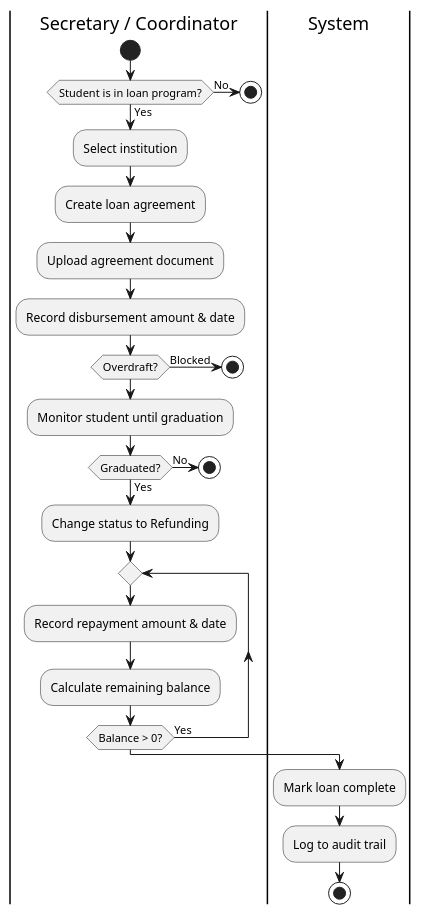
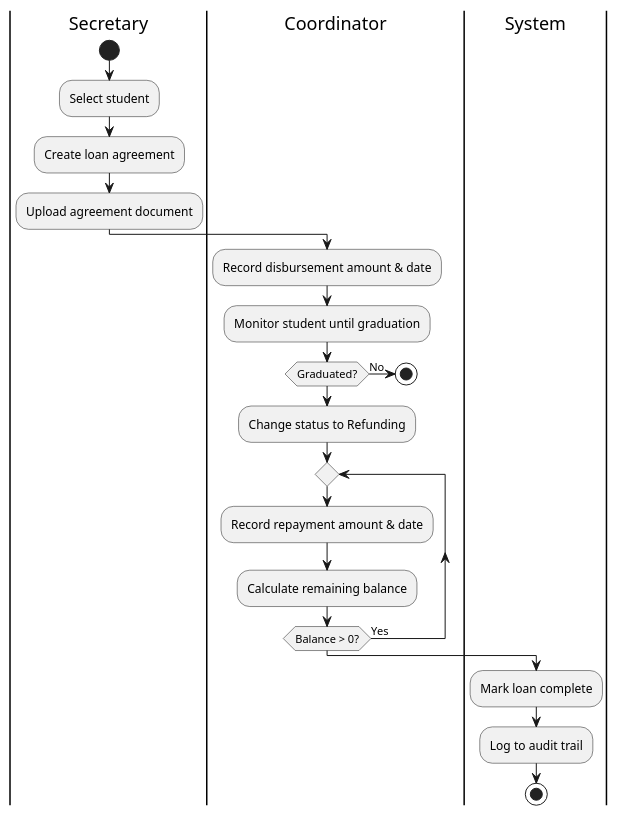
The diagram in activity-diagram/workflow_loan.puml (TainYanTun/BHSMS-Architectural-Blueprint), drawn with PlantUML before and after one commit. The commit also changed 7 other files, not shown here.

```diff
--- a/activity-diagram/workflow_loan.puml
+++ b/activity-diagram/workflow_loan.puml
@@ -1,32 +1,25 @@
 @startuml
-|Secretary / Coordinator|
+|Secretary|
 start
-if (Student is in loan program?) then (Yes)
-  :Select institution;
-  :Create loan agreement;
-  :Upload agreement document;
-else (No)
+:Select student;
+:Create loan agreement;
+:Upload agreement document;
+
+|Coordinator|
+:Record disbursement amount & date;
+:Monitor student until graduation;
+if (Graduated?) then (No)
   stop
 endif
-:Record disbursement amount & date;
-if (Overdraft?) then (Blocked)
-  stop
-endif
-
-:Monitor student until graduation;
-if (Graduated?) then (Yes)
-  :Change status to Refunding;
-else (No)
-  stop
-endif
+:Change status to Refunding;
 
 repeat
   :Record repayment amount & date;
   :Calculate remaining balance;
 repeat while (Balance > 0?) is (Yes)
 
 |System|
 :Mark loan complete;
 :Log to audit trail;
 stop
 @enduml
```
